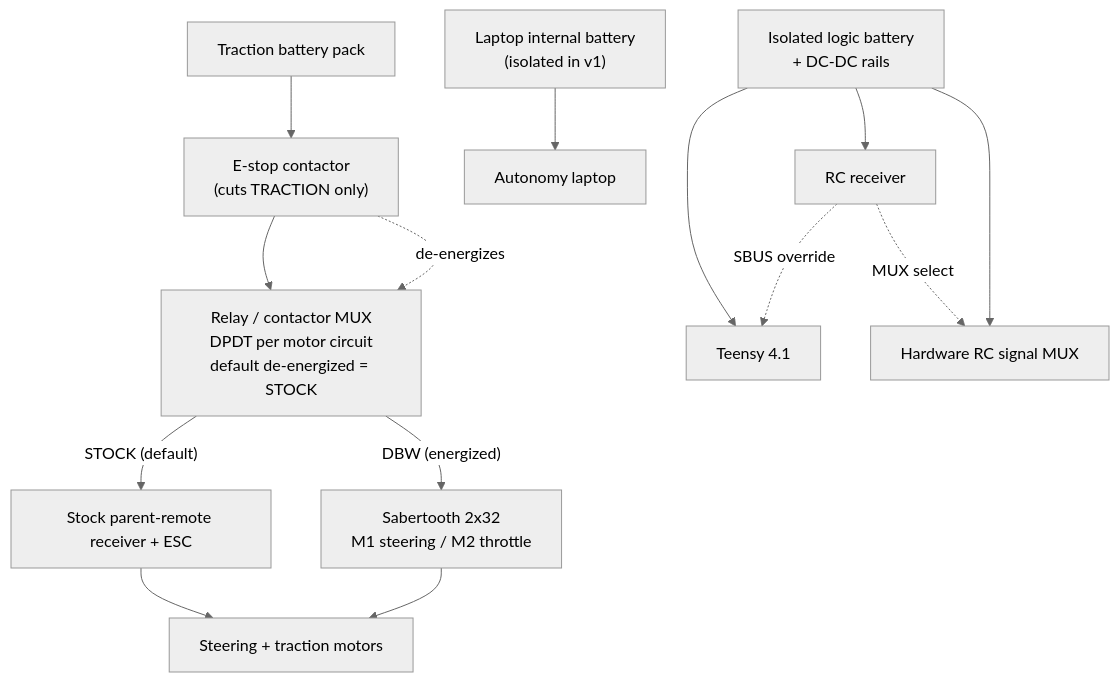
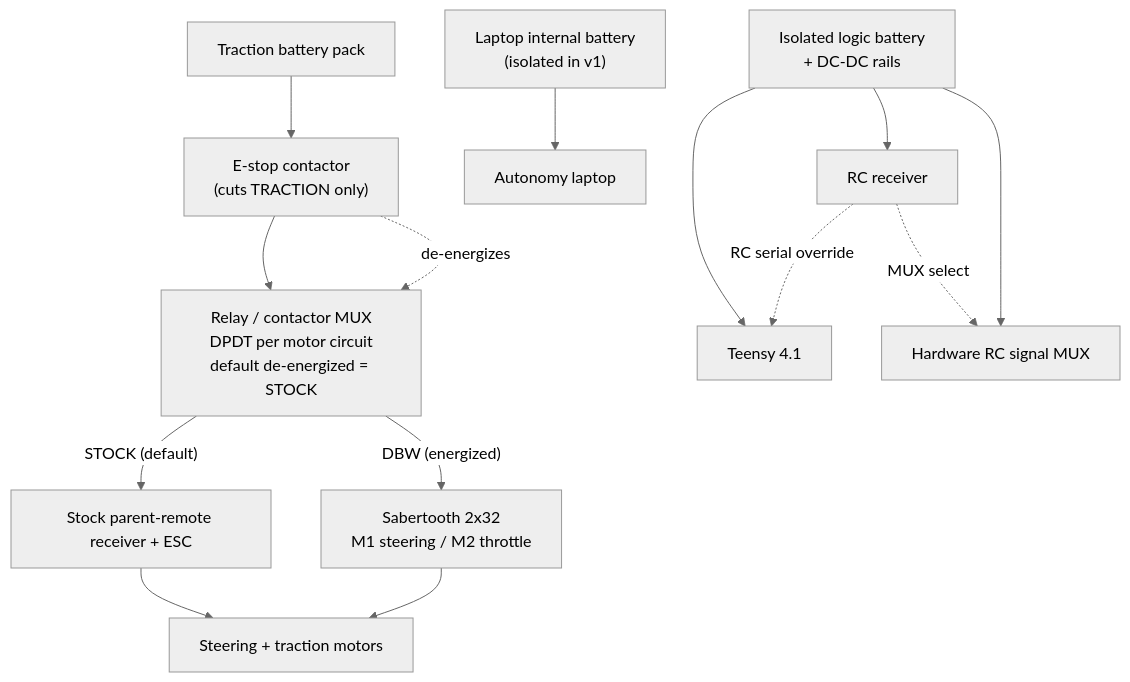
One commit to jrkwon/mrider changed the third of 3 diagrams in docs/design/architecture.md. Above: the diagram before and after it, drawn with Mermaid (neutral theme). The commit also changed other lines of this file and 26 other files, not shown here.

````diff
--- a/docs/design/architecture.md
+++ b/docs/design/architecture.md
@@ -184,24 +184,24 @@
 ```mermaid
 flowchart TB
     PACK["Traction battery pack"]
     LOGIC["Isolated logic battery<br/>+ DC-DC rails"]
 
     PACK --> ESTOP["E-stop contactor<br/>(cuts TRACTION only)"]
     ESTOP --> MUX["Relay / contactor MUX<br/>DPDT per motor circuit<br/>default de-energized = STOCK"]
 
     MUX -- "STOCK (default)" --> STOCKRX["Stock parent-remote receiver + ESC"]
     MUX -- "DBW (energized)" --> SABER["Sabertooth 2x32<br/>M1 steering / M2 throttle"]
 
     STOCKRX --> MOTORS["Steering + traction motors"]
     SABER --> MOTORS
 
     LOGIC --> TEENSY["Teensy 4.1"]
     LOGIC --> RCRX["RC receiver"]
     LOGIC --> SMUX["Hardware RC signal MUX"]
 
     LAPBAT["Laptop internal battery<br/>(isolated in v1)"] --> LAPTOP["Autonomy laptop"]
 
-    RCRX -. "SBUS override" .-> TEENSY
+    RCRX -. "RC serial override" .-> TEENSY
     RCRX -. "MUX select" .-> SMUX
     ESTOP -. "de-energizes" .-> MUX
 ```
````
